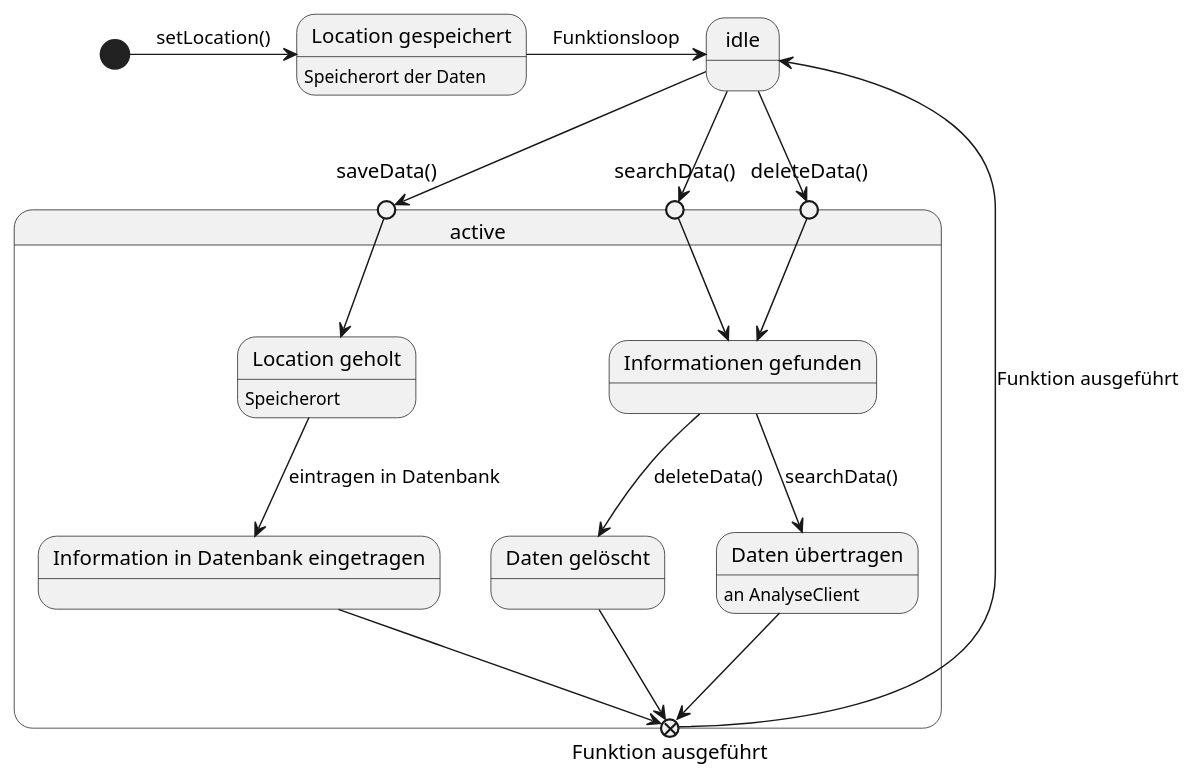
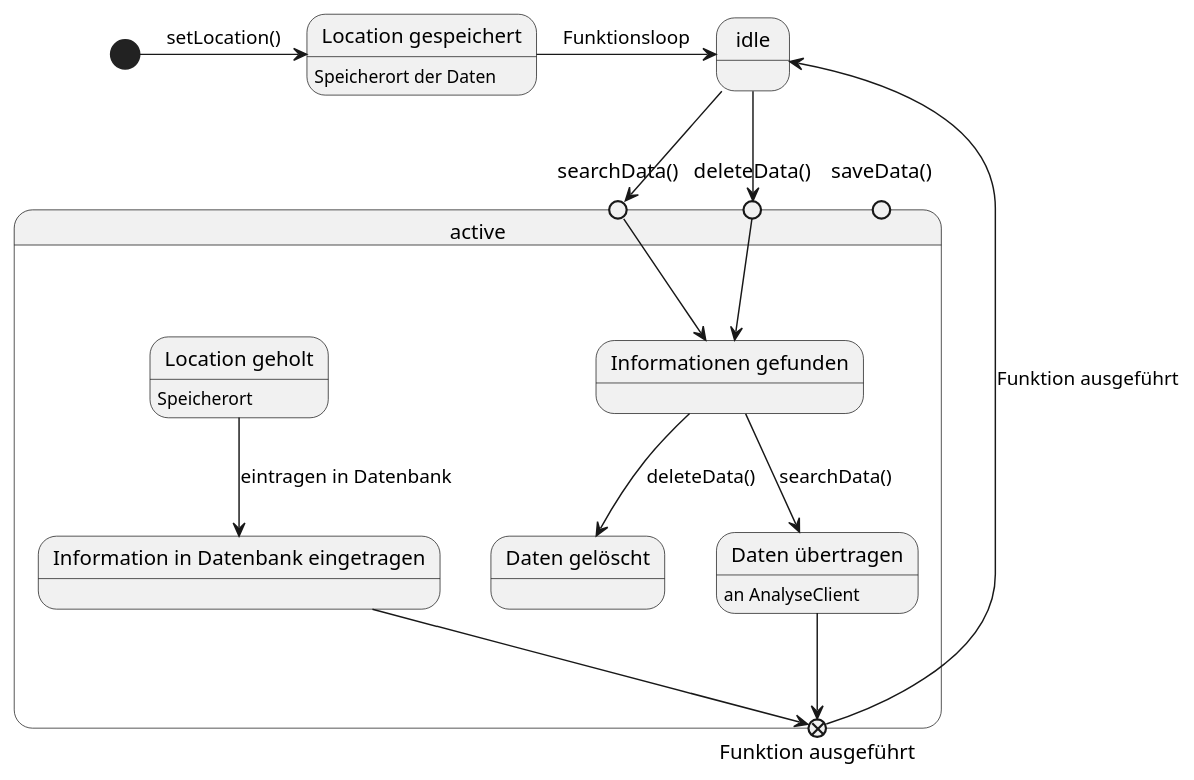
The diagram in meilenstein_04/TestCode/zustand-speichermedium.puml (weichware10/meilensteine), drawn with PlantUML before and after one commit.

```diff
--- a/meilenstein_04/TestCode/zustand-speichermedium.puml
+++ b/meilenstein_04/TestCode/zustand-speichermedium.puml
@@ -1,34 +1,31 @@
 @startuml speichermedium
 
 state "Location gespeichert" as lgs : Speicherort der Daten
 state "idle" as i
 state active {
     state "Location geholt" as lgh : Speicherort
     state "Informationen gefunden" as ig
     state "Information in Datenbank eingetragen" as ide
     state "Daten gelöscht" as dg
     state "Daten übertragen" as du : an AnalyseClient
     state "Funktion ausgeführt"  as fa <<exitPoint>>
     state "saveData()"  as sad <<entryPoint>>
     state "searchData()"  as sed <<entryPoint>>
     state "deleteData()"  as ded <<entryPoint>>
 }
 
 [*] -r-> lgs : setLocation()
 lgs -r-> i : Funktionsloop
 i --> sed
 i --> ded
 sed --> ig
 ded --> ig
 ig --> dg : deleteData()
 ig --> du : searchData()
 du --> fa
-dg --> fa
-i --> sad
-sad --> lgh
 lgh --> ide : eintragen in Datenbank
 ide --> fa
 fa --> i : Funktion ausgeführt
 
 
 @enduml
```
